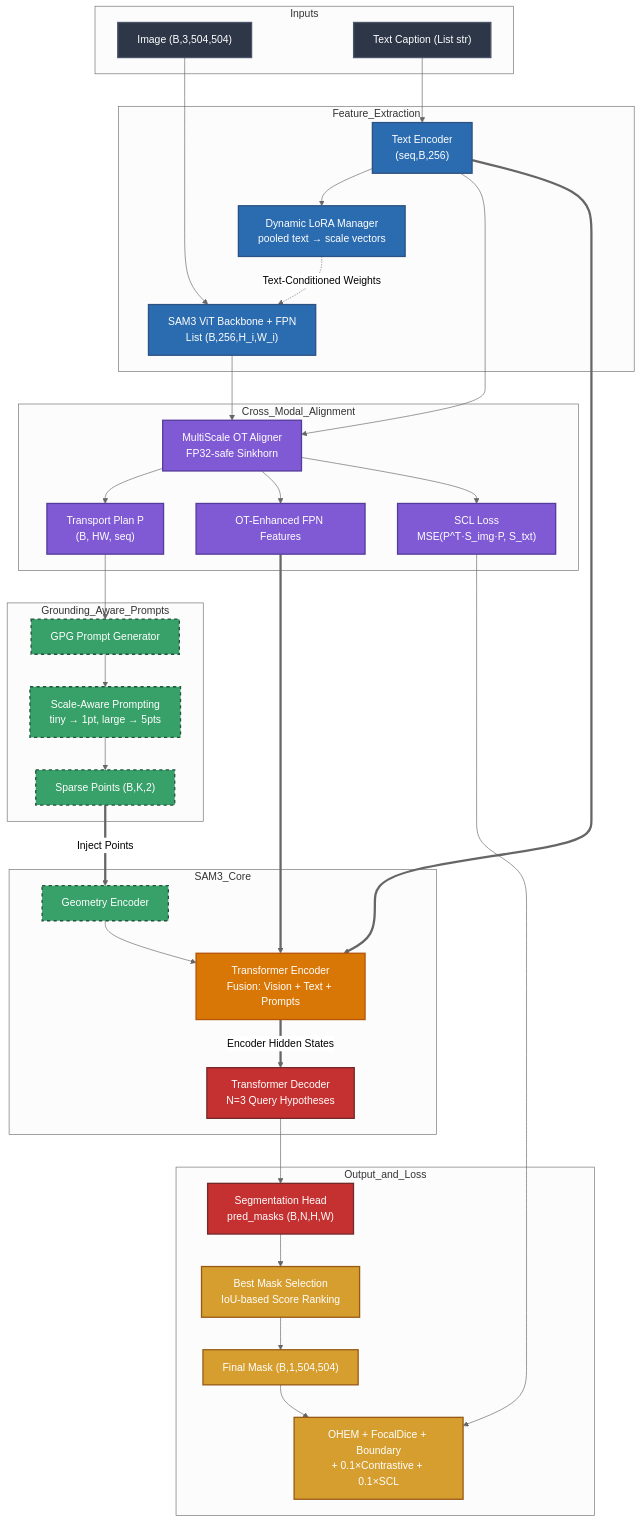
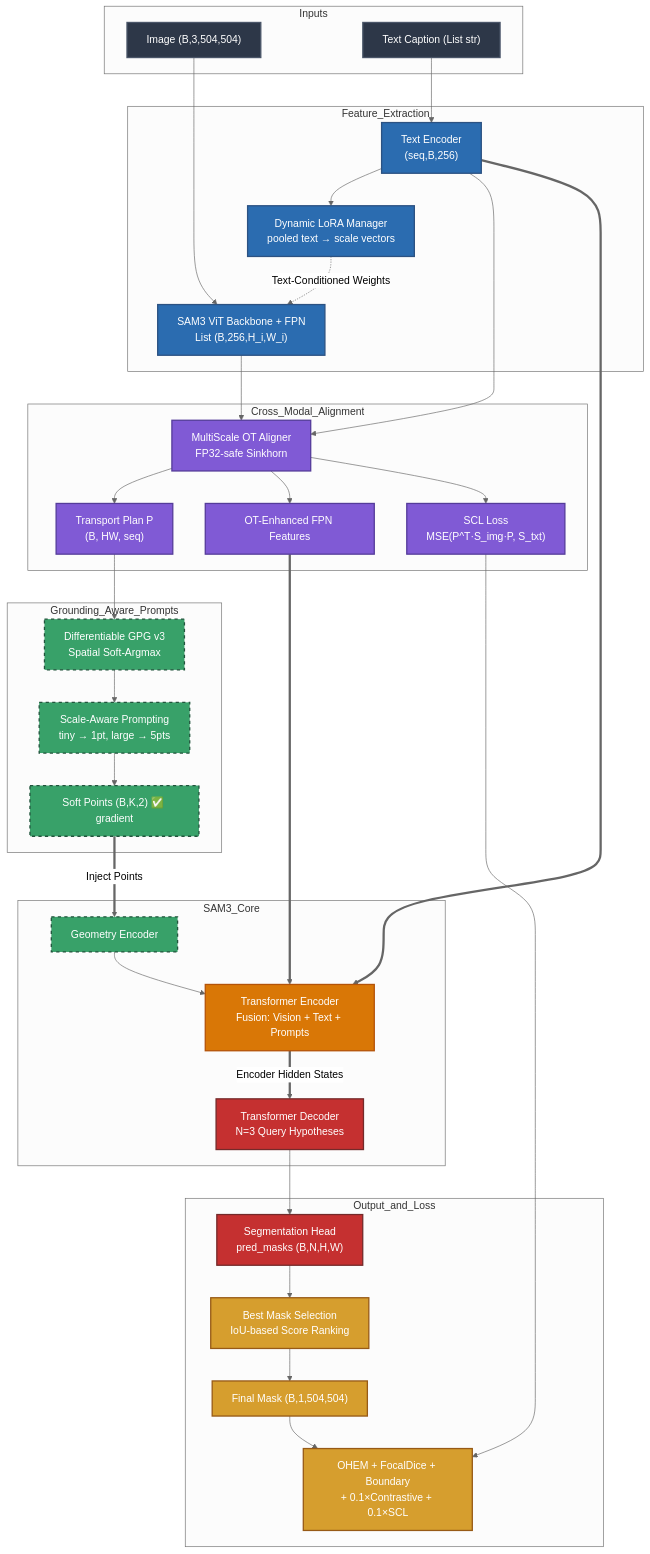
One commit to Abdul-Insighht/Enhanced_RRSIS_GPG changed the diagram in README.md. Above: the diagram before and after it, drawn with Mermaid (neutral theme). The commit also changed other lines of this file and 10 other files, not shown here.

Commit message:
v3: Differentiable GPG and Sinkhorn implementation - end-to-end training and optimization flow (clean)

````diff
--- a/README.md
+++ b/README.md
@@ -18,76 +18,76 @@
 ```mermaid
 graph TD
     classDef input fill:#2d3748,stroke:#4a5568,stroke-width:2px,color:#fff
     classDef encoder fill:#2b6cb0,stroke:#2c5282,stroke-width:2px,color:#fff
     classDef alignment fill:#805ad5,stroke:#553c9a,stroke-width:2px,color:#fff
     classDef prompt fill:#38a169,stroke:#22543d,stroke-width:2px,color:#fff,stroke-dasharray: 5 5
     classDef fusion fill:#d97706,stroke:#b45309,stroke-width:2px,color:#fff
     classDef decoder fill:#c53030,stroke:#742a2a,stroke-width:2px,color:#fff
     classDef output fill:#d69e2e,stroke:#975a16,stroke-width:2px,color:#fff
 
     subgraph Inputs
         I["Image (B,3,504,504)"]:::input
         C["Text Caption (List str)"]:::input
     end
 
     subgraph Feature_Extraction
         VE["Text Encoder<br/>(seq,B,256)"]:::encoder
         LoRA["Dynamic LoRA Manager<br/>pooled text → scale vectors"]:::encoder
         ViT["SAM3 ViT Backbone + FPN<br/>List (B,256,H_i,W_i)"]:::encoder
     end
 
     subgraph Cross_Modal_Alignment
         OT["MultiScale OT Aligner<br/>FP32-safe Sinkhorn"]:::alignment
         OT_Map["Transport Plan P<br/>(B, HW, seq)"]:::alignment
         SCL["SCL Loss<br/>MSE(P^T·S_img·P, S_txt)"]:::alignment
         Enh_Vis["OT-Enhanced FPN Features"]:::alignment
     end
 
     subgraph Grounding_Aware_Prompts
-        GPG["GPG Prompt Generator"]:::prompt
+        GPG["Differentiable GPG v3<br/>Spatial Soft-Argmax"]:::prompt
         SAP["Scale-Aware Prompting<br/>tiny → 1pt, large → 5pts"]:::prompt
-        Pts["Sparse Points (B,K,2)"]:::prompt
+        Pts["Soft Points (B,K,2) ✅ gradient"]:::prompt
     end
     
     subgraph SAM3_Core
         PE["Geometry Encoder"]:::prompt
         TransEnc["Transformer Encoder<br/>Fusion: Vision + Text + Prompts"]:::fusion
         TransDec["Transformer Decoder<br/>N=3 Query Hypotheses"]:::decoder
     end
 
     subgraph Output_and_Loss
         SegHead["Segmentation Head<br/>pred_masks (B,N,H,W)"]:::decoder
         Select["Best Mask Selection<br/>IoU-based Score Ranking"]:::output
         Mask["Final Mask (B,1,504,504)"]:::output
         Loss["OHEM + FocalDice + Boundary<br/>+ 0.1×Contrastive + 0.1×SCL"]:::output
     end
 
     I --> ViT
     C --> VE
     
     VE --> LoRA
     LoRA -.->|"Text-Conditioned Weights"| ViT
     
     VE --> OT
     ViT --> OT
     OT --> OT_Map
     OT --> Enh_Vis
     OT --> SCL
     
     OT_Map --> GPG
     GPG --> SAP
     SAP --> Pts
     
     Pts ==>|"Inject Points"| PE
     PE --> TransEnc
     
     Enh_Vis ==> TransEnc
     VE ==> TransEnc
     
     TransEnc ==>|"Encoder Hidden States"| TransDec
     TransDec --> SegHead
     SegHead --> Select
     Select --> Mask
     Mask --> Loss
     SCL --> Loss
 ```
````
